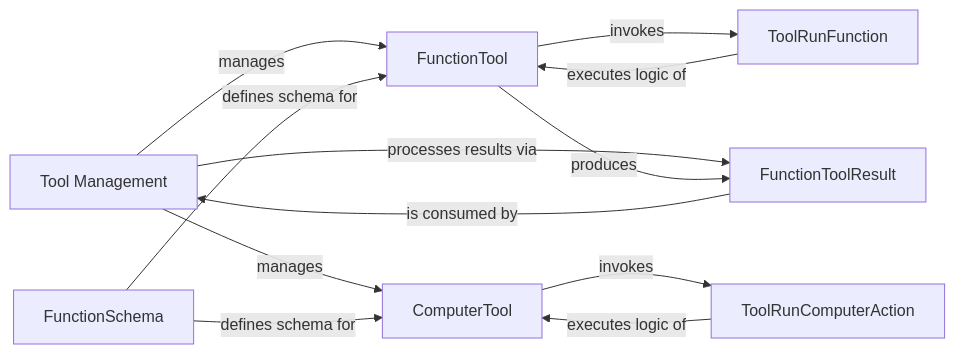
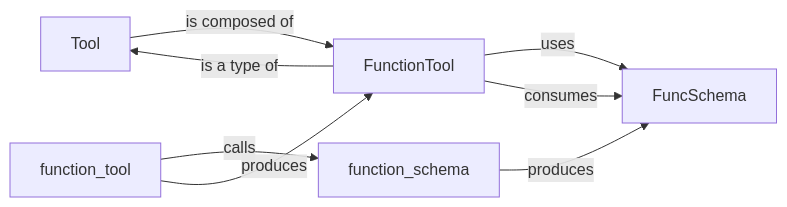
Before and after one commit to CodeBoarding/GeneratedOnBoardings: the diagram in openai-agents-python/Tool_Management.md, drawn with Mermaid. The commit also changed other lines of this file and 12 other files, not shown here.

Commit message:
Uploading onboarding materials for openai-agents-python

````diff
--- a/openai-agents-python/Tool_Management.md
+++ b/openai-agents-python/Tool_Management.md
@@ -1,22 +1,15 @@
 ```mermaid
 graph LR
-    Tool_Management["Tool Management"]
+    Tool["Tool"]
     FunctionTool["FunctionTool"]
-    ComputerTool["ComputerTool"]
-    FunctionToolResult["FunctionToolResult"]
-    ToolRunFunction["ToolRunFunction"]
-    ToolRunComputerAction["ToolRunComputerAction"]
-    FunctionSchema["FunctionSchema"]
-    Tool_Management -- "manages" --> FunctionTool
-    Tool_Management -- "manages" --> ComputerTool
-    Tool_Management -- "processes results via" --> FunctionToolResult
-    FunctionTool -- "invokes" --> ToolRunFunction
-    FunctionTool -- "produces" --> FunctionToolResult
-    ComputerTool -- "invokes" --> ToolRunComputerAction
-    FunctionToolResult -- "is consumed by" --> Tool_Management
-    ToolRunFunction -- "executes logic of" --> FunctionTool
-    ToolRunComputerAction -- "executes logic of" --> ComputerTool
-    FunctionSchema -- "defines schema for" --> FunctionTool
-    FunctionSchema -- "defines schema for" --> ComputerTool
-    click Tool_Management href "https://github.com/CodeBoarding/GeneratedOnBoardings/blob/main/openai-agents-python/Tool_Management.md" "Details"
+    function_tool["function_tool"]
+    FuncSchema["FuncSchema"]
+    function_schema["function_schema"]
+    Tool -- "is composed of" --> FunctionTool
+    FunctionTool -- "uses" --> FuncSchema
+    FunctionTool -- "is a type of" --> Tool
+    function_tool -- "calls" --> function_schema
+    function_tool -- "produces" --> FunctionTool
+    function_schema -- "produces" --> FuncSchema
+    FunctionTool -- "consumes" --> FuncSchema
 ```
````
